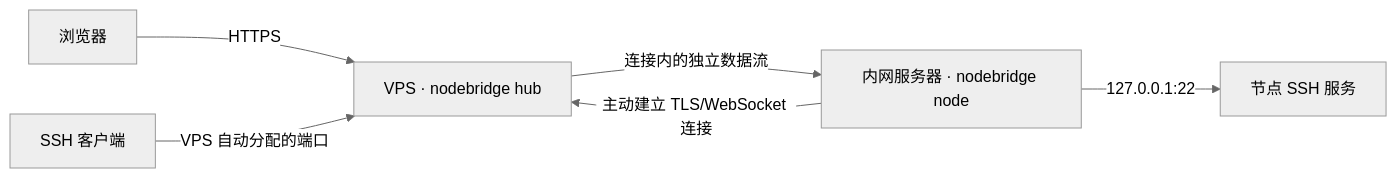
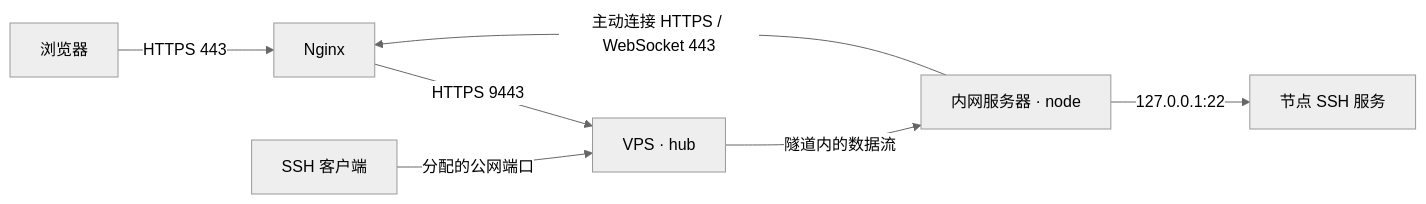
One commit to johnfan12/NodeBridge changed the diagram in README.md. Above: the diagram before and after it, drawn with Mermaid (neutral theme). The commit also changed other lines of this file and 2 other files, not shown here.

````diff
--- a/README.md
+++ b/README.md
@@ -12,8 +219,9 @@
 ```mermaid
 flowchart LR
-    browser[浏览器] -->|HTTPS| hub[VPS · nodebridge hub]
-    node[内网服务器 · nodebridge node] -->|主动建立 TLS/WebSocket 连接| hub
-    ssh[SSH 客户端] -->|VPS 自动分配的端口| hub
-    hub -->|连接内的独立数据流| node
+    browser[浏览器] -->|HTTPS 443| nginx[Nginx]
+    node[内网服务器 · node] -->|主动连接 HTTPS / WebSocket 443| nginx
+    nginx -->|HTTPS 9443| hub[VPS · hub]
+    ssh[SSH 客户端] -->|分配的公网端口| hub
+    hub -->|隧道内的数据流| node
     node -->|127.0.0.1:22| sshd[节点 SSH 服务]
 ```
````
